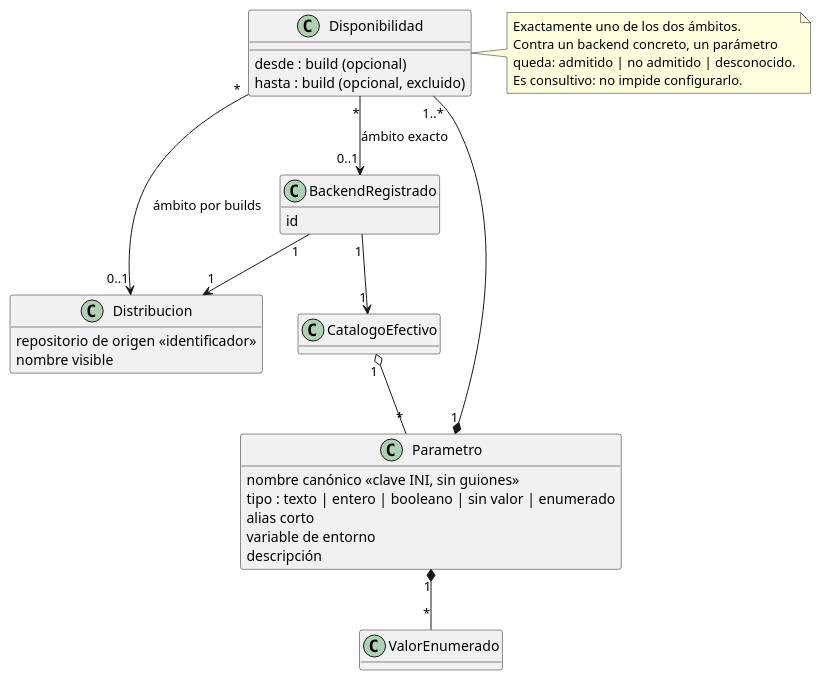
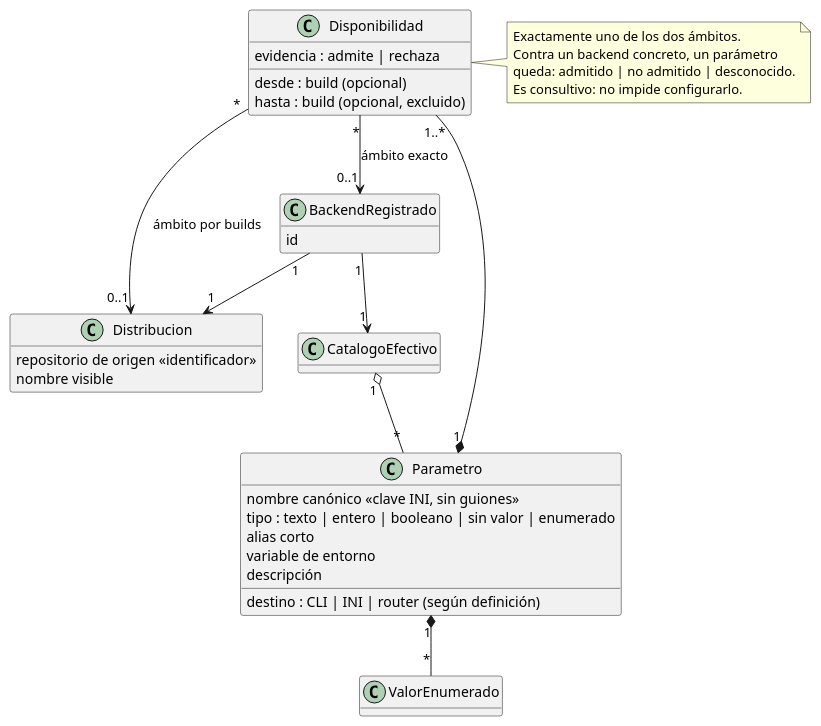
The first of 2 diagrams in docs/catalogo-de-parametros.md (mstranich/coquena), drawn with PlantUML before and after one commit. The commit also changed 11 other files, not shown here.

Commit message:
docs: alinear y simplificar catálogo, descargas y diagramas

````diff
--- a/docs/catalogo-de-parametros.md
+++ b/docs/catalogo-de-parametros.md
@@ -25,41 +25,43 @@
 ```plantuml
 @startuml
 hide empty methods
 
 class Parametro {
   nombre canónico <<clave INI, sin guiones>>
   tipo : texto | entero | booleano | sin valor | enumerado
   alias corto
   variable de entorno
   descripción
+  destino : CLI | INI | router (según definición)
 }
 class Disponibilidad {
+  evidencia : admite | rechaza
   desde : build (opcional)
   hasta : build (opcional, excluido)
 }
 class Distribucion {
   repositorio de origen <<identificador>>
   nombre visible
 }
 class BackendRegistrado {
   id
 }
 class ValorEnumerado
 
 Parametro "1" *-- "1..*" Disponibilidad
 Disponibilidad "*" --> "0..1" Distribucion : ámbito por builds
 Disponibilidad "*" --> "0..1" BackendRegistrado : ámbito exacto
 BackendRegistrado "1" --> "1" Distribucion
 BackendRegistrado "1" --> "1" CatalogoEfectivo
 class CatalogoEfectivo
 CatalogoEfectivo "1" o-- "*" Parametro
 Parametro "1" *-- "*" ValorEnumerado
 
 note right of Disponibilidad
   Exactamente uno de los dos ámbitos.
   Contra un backend concreto, un parámetro
   queda: admitido | no admitido | desconocido.
   Es consultivo: no impide configurarlo.
 end note
 @enduml
 ```
````
